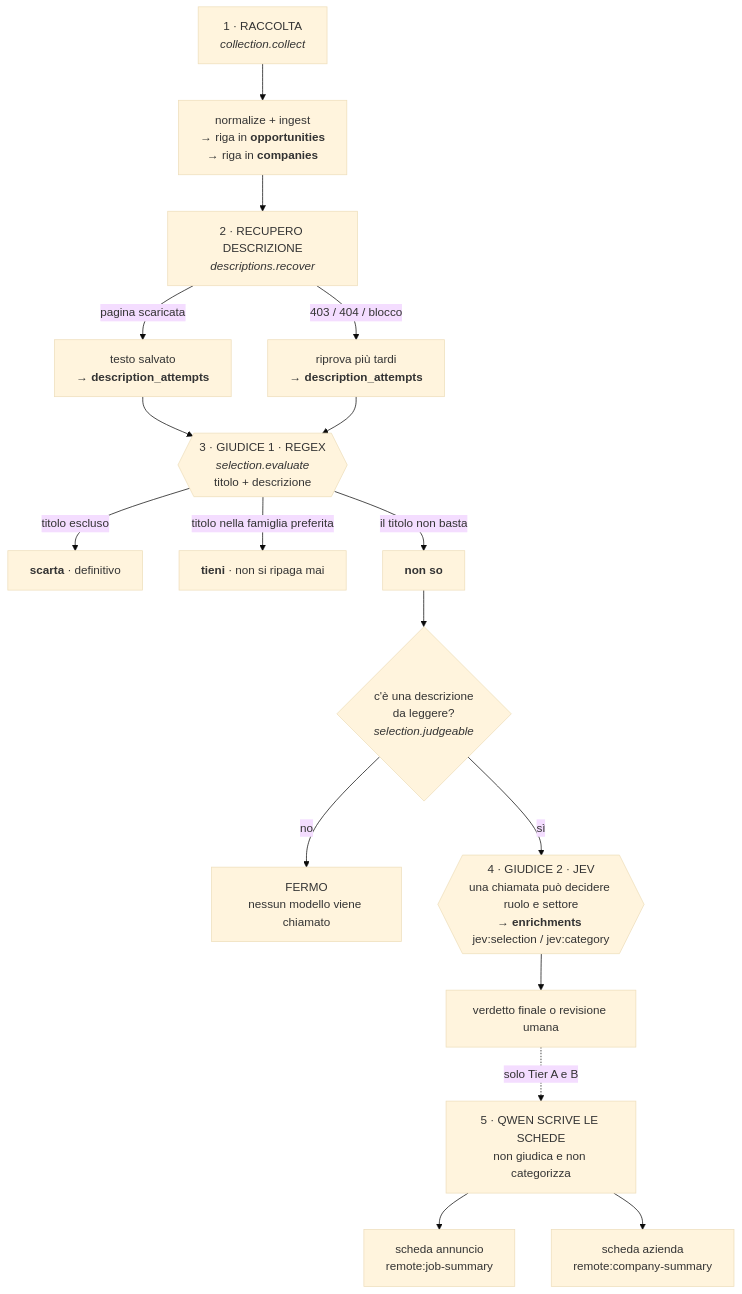
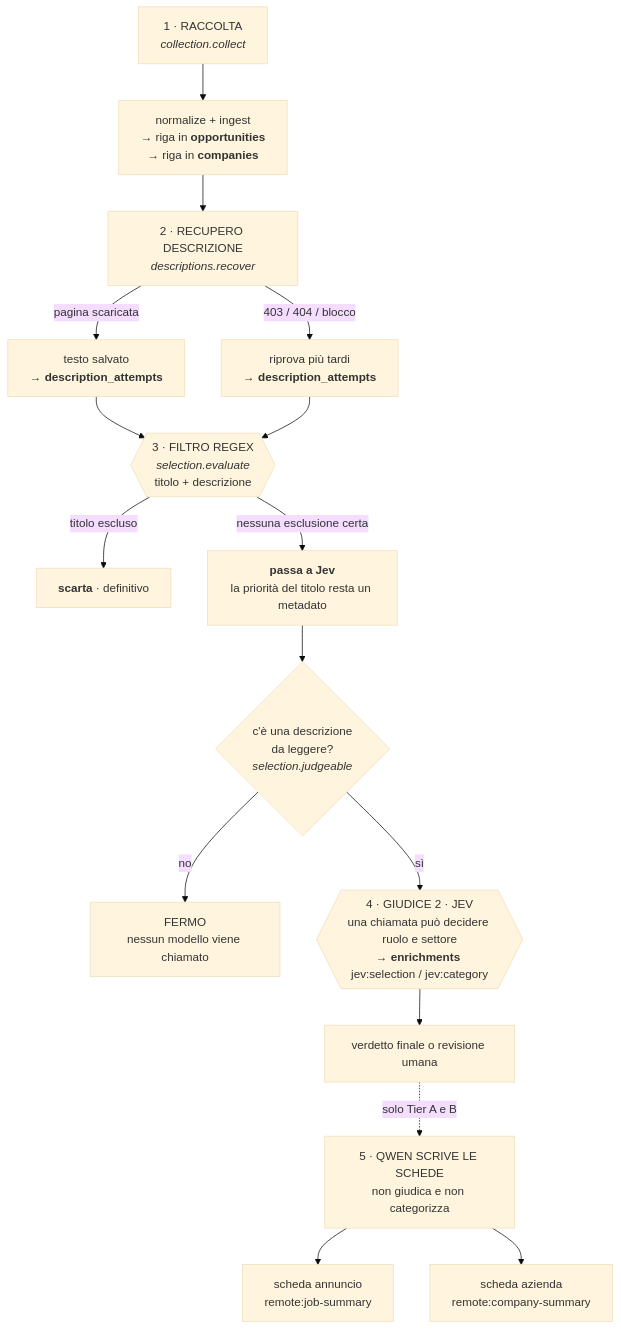
Before and after one commit to ettoremodina/JobHunter: the second of 4 diagrams in docs/pipeline-completa.md, drawn with Mermaid (base theme). The commit also changed other lines of this file and 23 other files, not shown here.

First line of the commit message:
Regex only discards; Jev decides every readable role

````diff
--- a/docs/pipeline-completa.md
+++ b/docs/pipeline-completa.md
@@ -43,24 +43,23 @@
 ```mermaid
 flowchart TD
     S1["1 · RACCOLTA<br/><i>collection.collect</i>"] --> N["normalize + ingest<br/>→ riga in <b>opportunities</b><br/>→ riga in <b>companies</b>"]
     N --> S2["2 · RECUPERO DESCRIZIONE<br/><i>descriptions.recover</i>"]
     S2 -->|"pagina scaricata"| D1["testo salvato<br/>→ <b>description_attempts</b>"]
     S2 -->|"403 / 404 / blocco"| D2["riprova più tardi<br/>→ <b>description_attempts</b>"]
     D1 --> G1
     D2 --> G1
 
-    G1{{"3 · GIUDICE 1 · REGEX<br/><i>selection.evaluate</i><br/>titolo + descrizione"}}
+    G1{{"3 · FILTRO REGEX<br/><i>selection.evaluate</i><br/>titolo + descrizione"}}
     G1 -->|"titolo escluso"| X1["<b>scarta</b> · definitivo"]
-    G1 -->|"titolo nella famiglia preferita"| K1["<b>tieni</b> · non si ripaga mai"]
-    G1 -->|"il titolo non basta"| U1["<b>non so</b>"]
+    G1 -->|"nessuna esclusione certa"| U1["<b>passa a Jev</b><br/>la priorità del titolo resta un metadato"]
 
     U1 --> J{"c'è una descrizione<br/>da leggere?<br/><i>selection.judgeable</i>"}
     J -->|"no"| W["FERMO<br/>nessun modello viene chiamato"]
     J -->|"sì"| G2
 
     G2{{"4 · GIUDICE 2 · JEV<br/>una chiamata può decidere ruolo e settore<br/>→ <b>enrichments</b> jev:selection / jev:category"}}
     G2 --> K3["verdetto finale o revisione umana"]
     K3 -.->|"solo Tier A e B"| G3["5 · QWEN SCRIVE LE SCHEDE<br/>non giudica e non categorizza"]
     G3 --> C1["scheda annuncio<br/>remote:job-summary"]
     G3 --> C2["scheda azienda<br/>remote:company-summary"]
 ```
````
